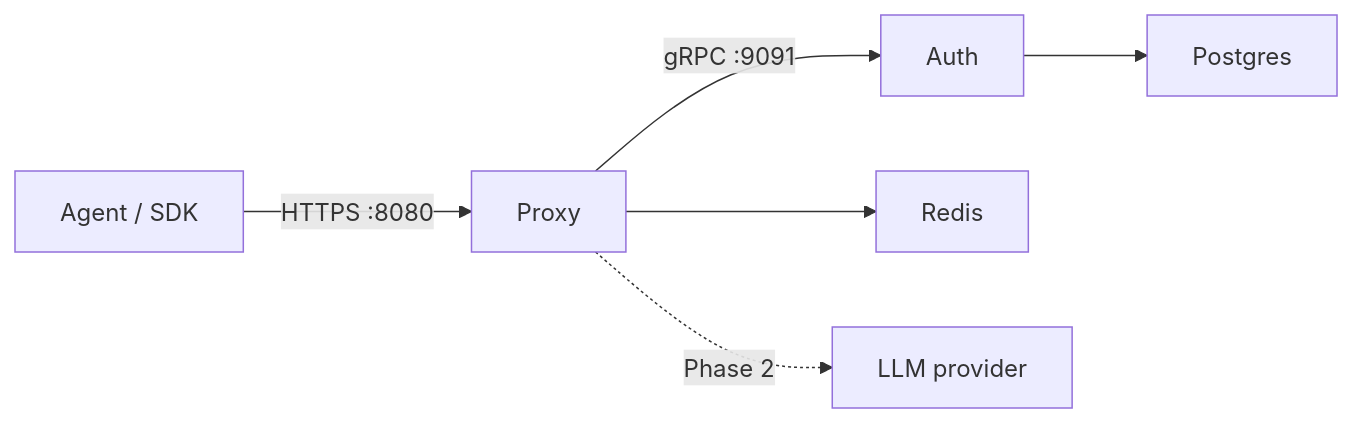
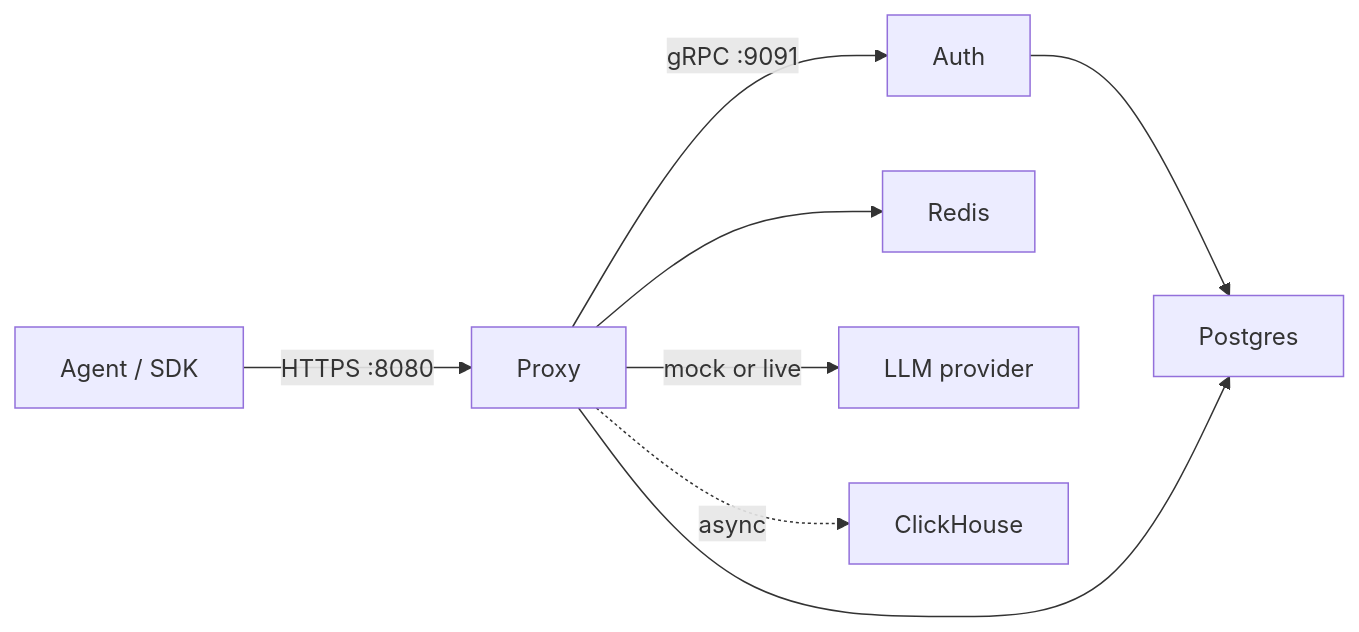
Before and after one commit to Rick1330/ibex-harness: the diagram in web/content/docs/getting-started/introduction.mdx, drawn with Mermaid. The commit also changed other lines of this file and 12 other files, not shown here.

````diff
--- a/web/content/docs/getting-started/introduction.mdx
+++ b/web/content/docs/getting-started/introduction.mdx
@@ -49,8 +50,10 @@
 ```mermaid
 flowchart LR
   Client["Agent / SDK"] -->|HTTPS :8080| Proxy["Proxy"]
   Proxy -->|gRPC :9091| Auth["Auth"]
   Auth --> PG["Postgres"]
+  Proxy --> PG
   Proxy --> Redis["Redis"]
-  Proxy -.->|Phase 2| LLM["LLM provider"]
+  Proxy -->|mock or live| LLM["LLM provider"]
+  Proxy -.->|async| CH["ClickHouse"]
 ```
````
